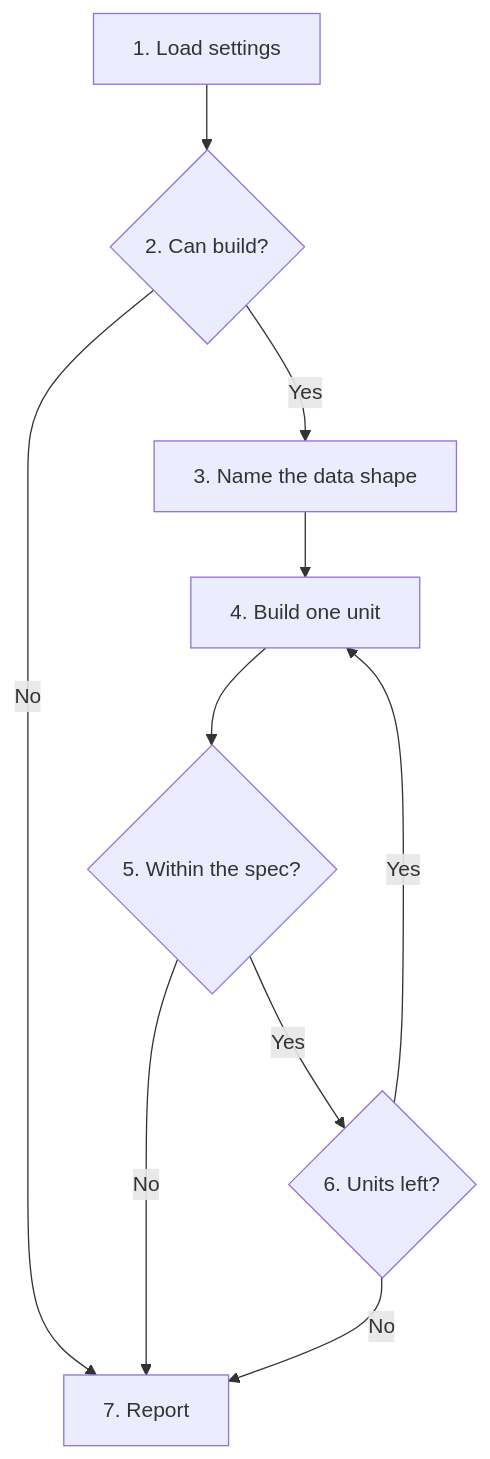
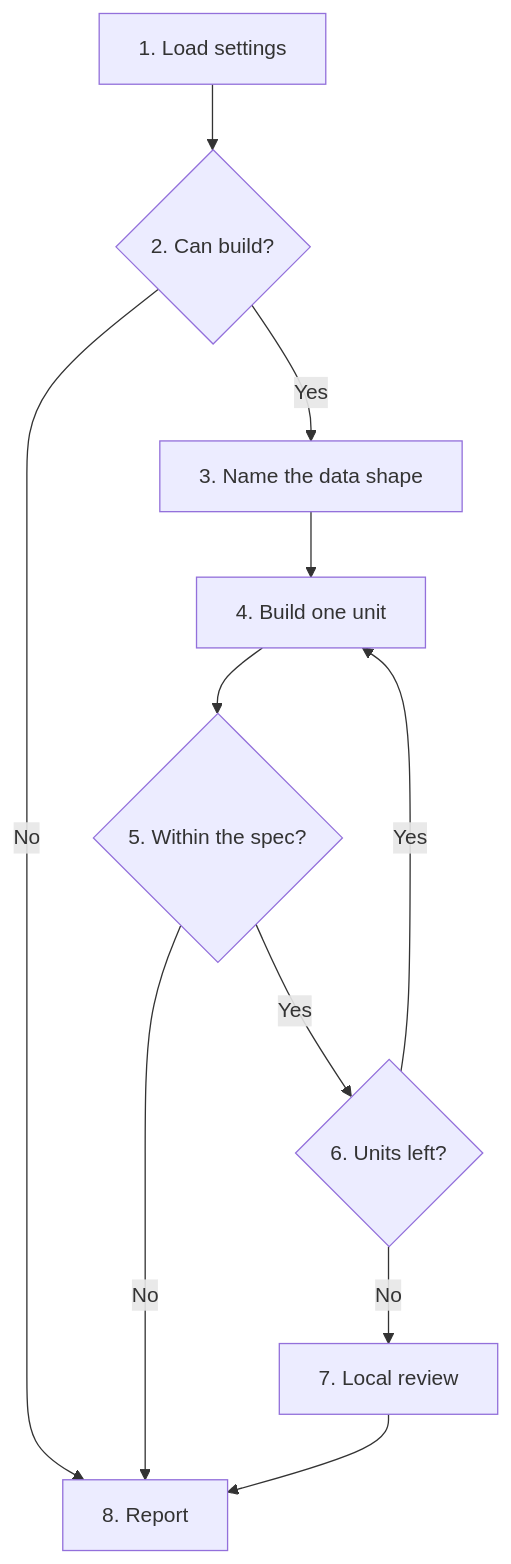
Before and after one commit to cultoftheai/skills: the diagram in skills/sdlc/build/SKILL.md, drawn with Mermaid. The commit also changed other lines of this file and 2 other files, not shown here.

Commit message:
Run the local review in build before prove (#79)

````diff
--- a/skills/sdlc/build/SKILL.md
+++ b/skills/sdlc/build/SKILL.md
@@ -23,20 +25,22 @@
 ```mermaid
 flowchart TD
     A[1. Load settings]
     B{2. Can build?}
     C[3. Name the data shape]
     D[4. Build one unit]
     E{5. Within the spec?}
     F{6. Units left?}
-    G[7. Report]
+    G[7. Local review]
+    H[8. Report]
 
     A --> B
-    B -->|No| G
+    B -->|No| H
     B -->|Yes| C
     C --> D
     D --> E
-    E -->|No| G
+    E -->|No| H
     E -->|Yes| F
     F -->|Yes| D
     F -->|No| G
+    G --> H
 ```
````
